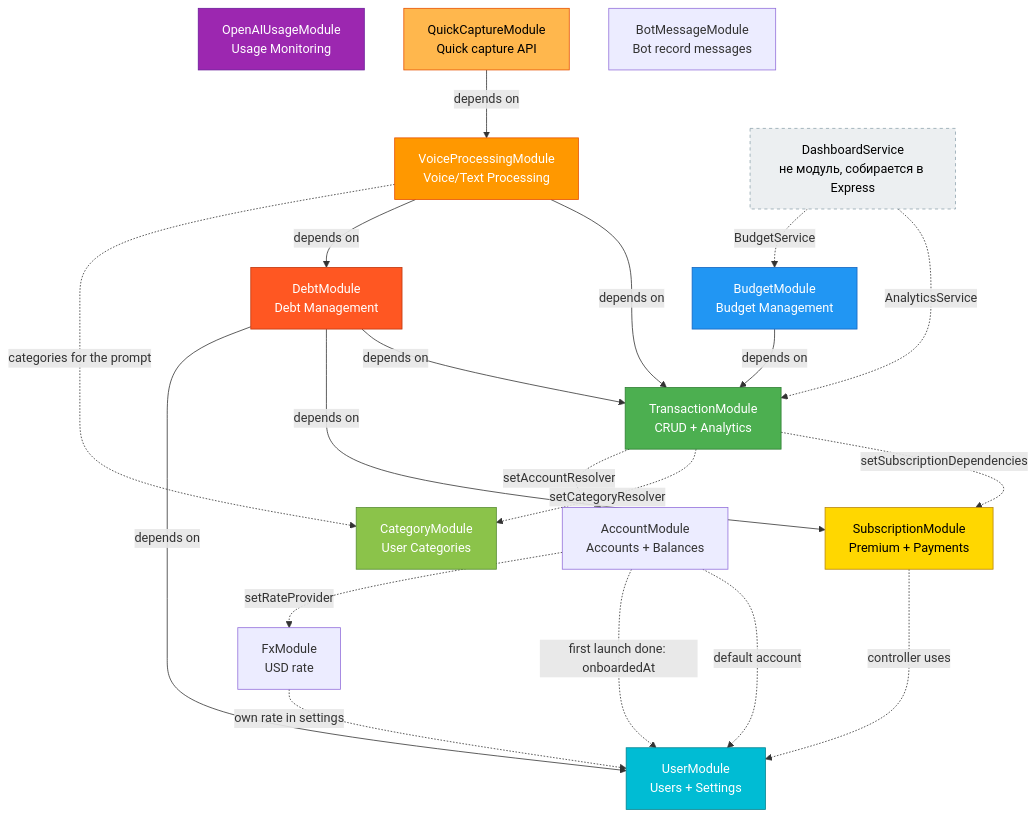
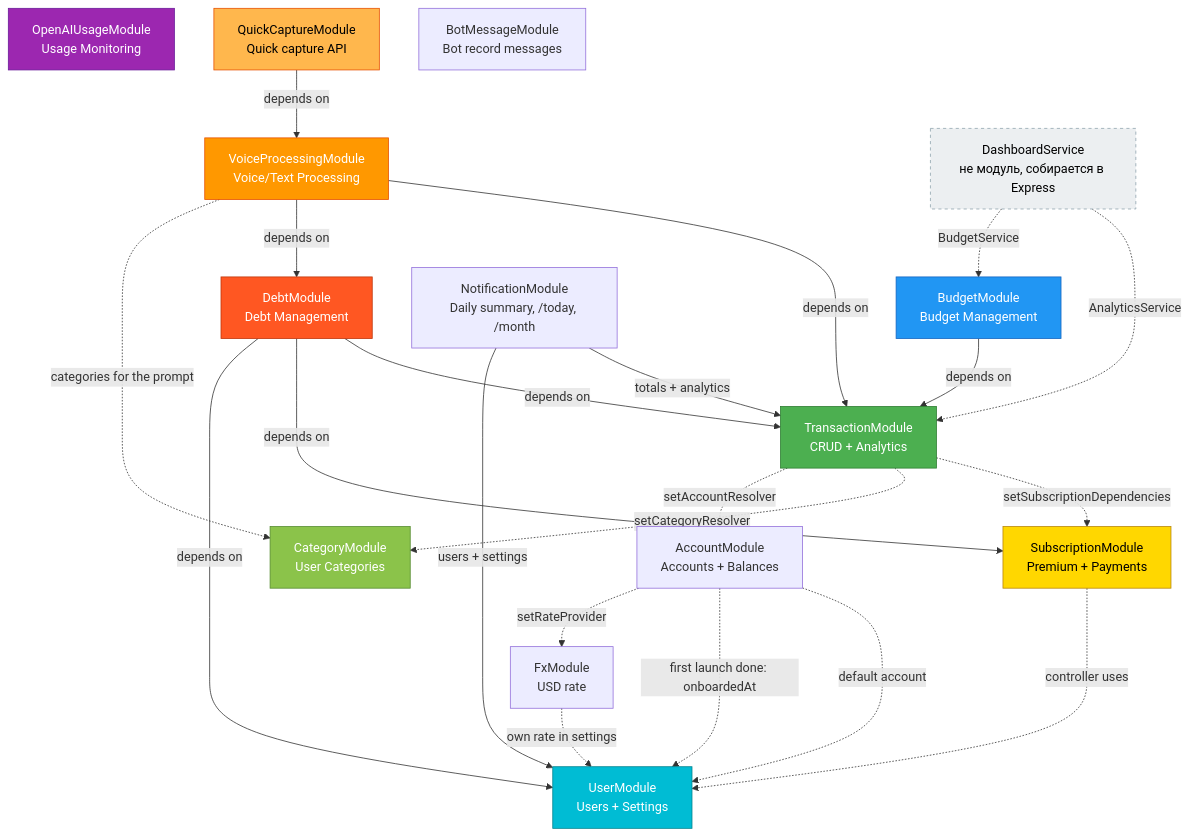
The diagram in docs/knowledge-base/01-architecture/modules.md (chollak/finance-tracker-backend), drawn with Mermaid before and after one commit. The commit also changed other lines of this file and 56 other files, not shown here.

First line of the commit message:
feat(bot): daily summary scheduler, /today, /month, /start and the command menu (FT-124)

````diff
--- a/docs/knowledge-base/01-architecture/modules.md
+++ b/docs/knowledge-base/01-architecture/modules.md
@@ -9,46 +9,49 @@
 ```mermaid
 graph TD
     TM[TransactionModule<br/>CRUD + Analytics]
     BM[BudgetModule<br/>Budget Management]
     DeM[DebtModule<br/>Debt Management]
     VM[VoiceProcessingModule<br/>Voice/Text Processing]
     OM[OpenAIUsageModule<br/>Usage Monitoring]
     SM[SubscriptionModule<br/>Premium + Payments]
     UM[UserModule<br/>Users + Settings]
     CM[CategoryModule<br/>User Categories]
     AM[AccountModule<br/>Accounts + Balances]
     FM[FxModule<br/>USD rate]
     QM[QuickCaptureModule<br/>Quick capture API]
     BMM[BotMessageModule<br/>Bot record messages]
+    NM[NotificationModule<br/>Daily summary, /today, /month]
     DS[DashboardService<br/>не модуль, собирается в Express]
 
     BM -->|depends on| TM
     DeM -->|depends on| TM
     DeM -->|depends on| SM
     DeM -->|depends on| UM
     VM -->|depends on| TM
     VM -->|depends on| DeM
     TM -.->|setSubscriptionDependencies| SM
     TM -.->|setCategoryResolver| CM
     TM -.->|setAccountResolver| AM
     AM -.->|default account| UM
     AM -.->|first launch done: onboardedAt| UM
     AM -.->|setRateProvider| FM
     FM -.->|own rate in settings| UM
     VM -.->|categories for the prompt| CM
     QM -->|depends on| VM
+    NM -->|totals + analytics| TM
+    NM -->|users + settings| UM
     SM -.->|controller uses| UM
     DS -.->|AnalyticsService| TM
     DS -.->|BudgetService| BM
 
     style TM fill:#4CAF50,stroke:#2E7D32,color:#fff
     style BM fill:#2196F3,stroke:#1565C0,color:#fff
     style DeM fill:#FF5722,stroke:#BF360C,color:#fff
     style VM fill:#FF9800,stroke:#E65100,color:#fff
     style OM fill:#9C27B0,stroke:#6A1B9A,color:#fff
     style SM fill:#FFD700,stroke:#B8860B,color:#000
     style UM fill:#00BCD4,stroke:#00838F,color:#fff
     style CM fill:#8BC34A,stroke:#558B2F,color:#fff
     style QM fill:#FFB74D,stroke:#E65100,color:#000
     style DS fill:#ECEFF1,stroke:#90A4AE,color:#000,stroke-dasharray: 4 4
 ```
````
